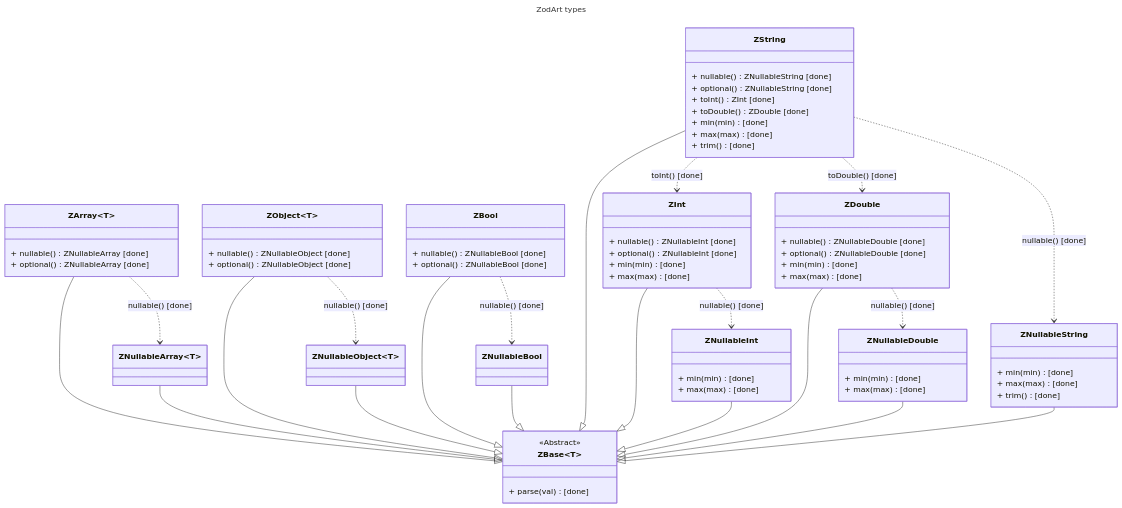
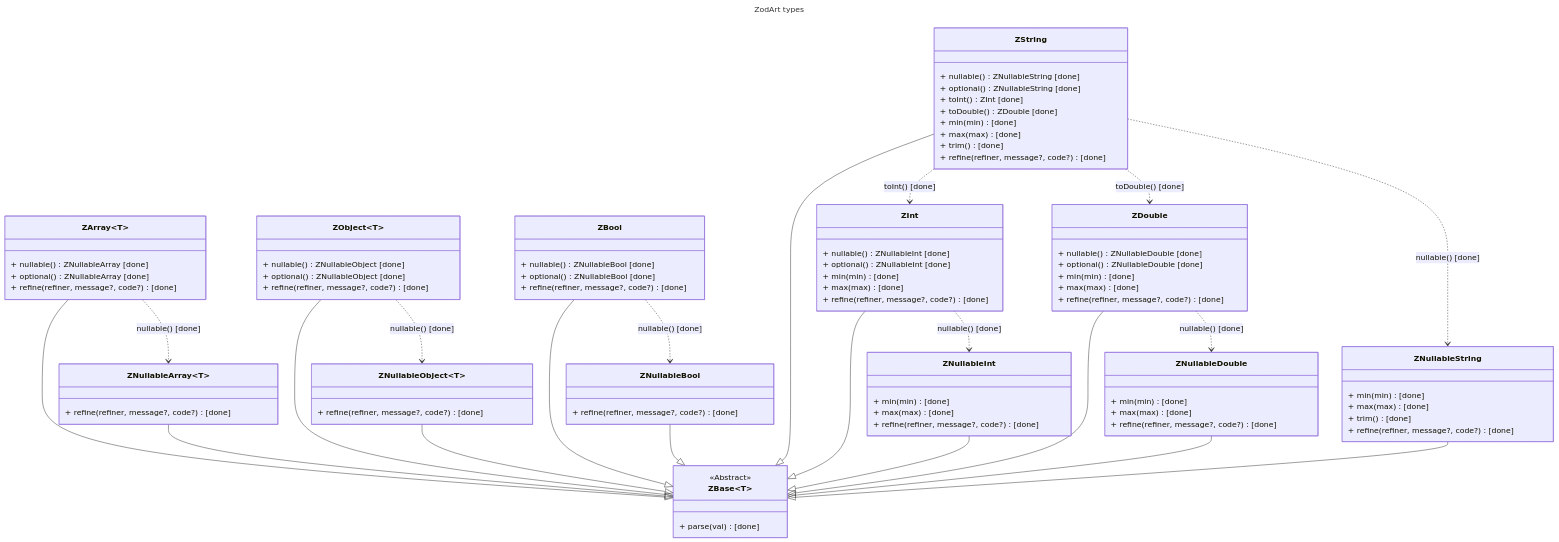
Before and after one commit to zzundalek/zodart: the diagram in doc/types/types.md, drawn with Mermaid.

Commit message:
doc: update types diagram

```diff
--- a/doc/types/types.md
+++ b/doc/types/types.md
@@ -11,16 +11,22 @@
     class ZArray~T~ {
         + nullable() ZNullableArray [done]
         + optional() ZNullableArray [done]
+
+        + refine(refiner, message?, code?) [done]
     }
 
     class ZObject~T~ {
         + nullable() ZNullableObject [done]
         + optional() ZNullableObject [done]
+
+        + refine(refiner, message?, code?) [done]
     }
 
     class ZBool {
         + nullable() ZNullableBool [done]
         + optional() ZNullableBool [done]
+
+        + refine(refiner, message?, code?) [done]
     }
 
     class ZInt {
@@ -29,6 +35,8 @@
 
         + min(min) [done]
         + max(max) [done]
+
+        + refine(refiner, message?, code?) [done]
     }
 
     class ZDouble {
@@ -38,6 +46,8 @@
 
         + min(min) [done]
         + max(max) [done]
+
+        + refine(refiner, message?, code?) [done]
     }
 
     class ZString {
@@ -51,25 +61,34 @@
         + max(max) [done]
 
         + trim() [done]
+
+        + refine(refiner, message?, code?) [done]
     }
 
     class ZNullableArray~T~ {
+        + refine(refiner, message?, code?) [done]
     }
 
     class ZNullableObject~T~ {
+        + refine(refiner, message?, code?) [done]
     }
 
     class ZNullableBool {
+        + refine(refiner, message?, code?) [done]
     }
 
     class ZNullableInt {
         + min(min) [done]
         + max(max) [done]
+
+        + refine(refiner, message?, code?) [done]
     }
 
     class ZNullableDouble {
         + min(min) [done]
         + max(max) [done]
+
+        + refine(refiner, message?, code?) [done]
     }
 
     class ZNullableString {
@@ -77,6 +96,8 @@
         + max(max) [done]
 
         + trim() [done]
+
+        + refine(refiner, message?, code?) [done]
     }
 
     ZArray --|> ZBase
```
